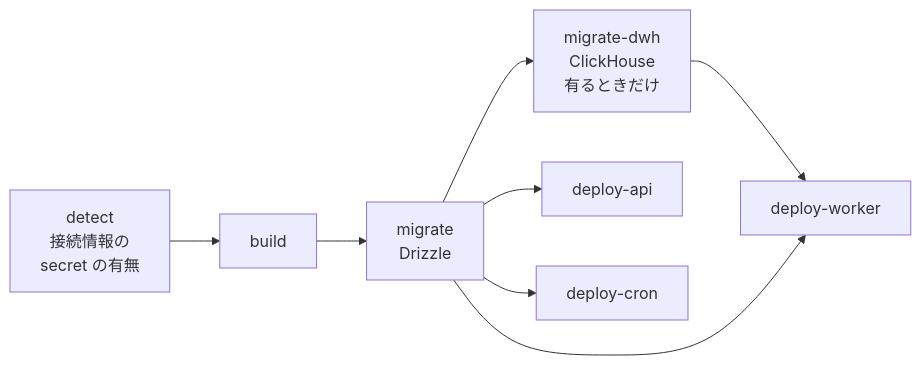
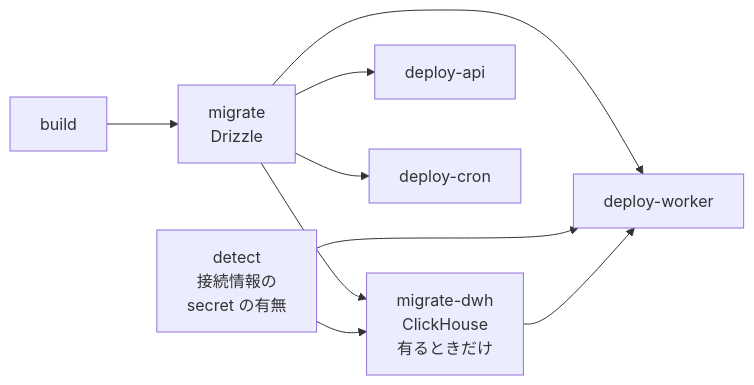
The third of 5 diagrams in docs/spec/clickhouse-migration/README.md (kentakki416/project-template), drawn with Mermaid before and after one commit. The commit also changed other lines of this file and 5 other files, not shown here.

````diff
--- a/docs/spec/clickhouse-migration/README.md
+++ b/docs/spec/clickhouse-migration/README.md
@@ -332,10 +335,11 @@
 ```mermaid
 flowchart LR
-    D[detect<br/>接続情報の<br/>secret の有無] --> B[build]
-    B --> M[migrate<br/>Drizzle]
+    B[build] --> M[migrate<br/>Drizzle]
+    D[detect<br/>接続情報の<br/>secret の有無] --> MD
     M --> MD[migrate-dwh<br/>ClickHouse<br/>有るときだけ]
     M --> A[deploy-api]
     MD --> W[deploy-worker]
+    D --> W
     M --> W
     M --> C[deploy-cron]
 ```
````
